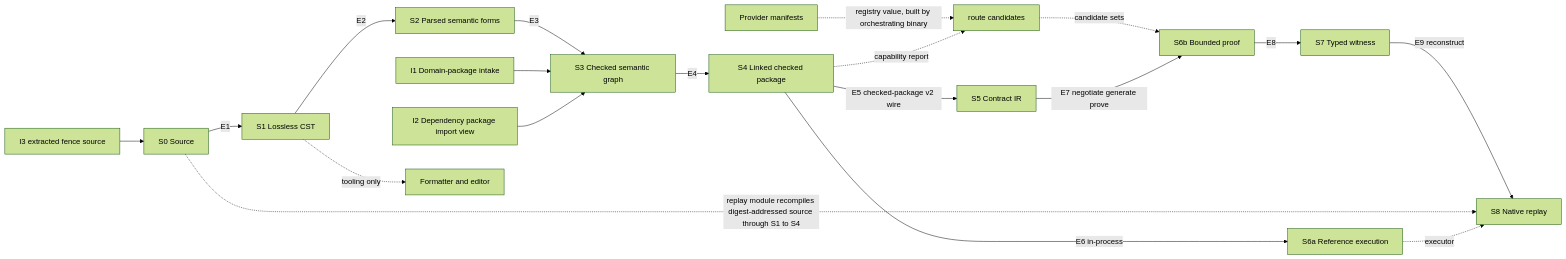
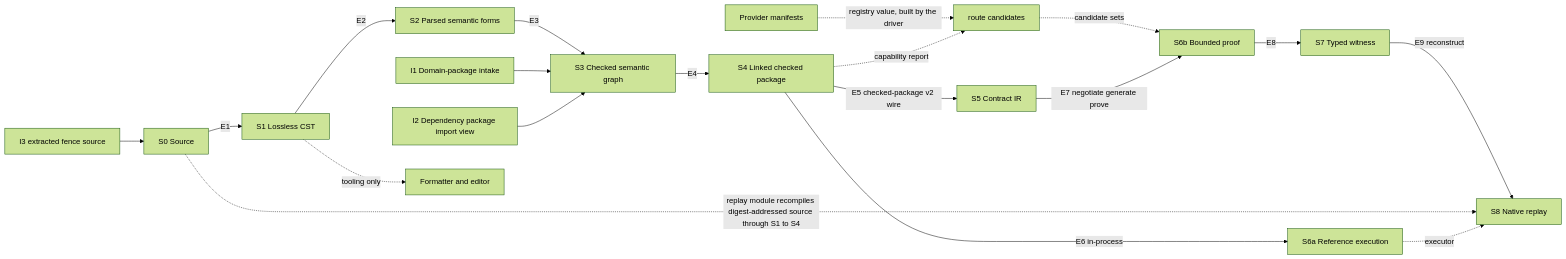
Before and after one commit to agent-ix/quire-spec-language: the first of 2 diagrams in spec/decisions/ADR-011-stage-dag-and-dependency-architecture.md, drawn with Mermaid (forest theme). The commit also changed other lines of this file and 11 other files, not shown here.

````diff
--- a/spec/decisions/ADR-011-stage-dag-and-dependency-architecture.md
+++ b/spec/decisions/ADR-011-stage-dag-and-dependency-architecture.md
@@ -156,21 +158,21 @@
 ```mermaid
 flowchart LR
   I3[I3 extracted fence source] --> S0
   S0[S0 Source] -->|E1| S1[S1 Lossless CST]
   S1 -->|E2| S2[S2 Parsed semantic forms]
   S2 -->|E3| S3[S3 Checked semantic graph]
   I1[I1 Domain-package intake] --> S3
   I2[I2 Dependency package import view] --> S3
   S3 -->|E4| S4[S4 Linked checked package]
   S4 -->|E5 checked-package v2 wire| S5[S5 Contract IR]
   S4 -->|E6 in-process| S6A[S6a Reference execution]
-  D[Provider manifests] -.->|registry value, built by orchestrating binary| R[route candidates]
+  D[Provider manifests] -.->|registry value, built by the driver| R[route candidates]
   S4 -.->|capability report| R
   R -.->|candidate sets| S6B
   S5 -->|E7 negotiate generate prove| S6B[S6b Bounded proof]
   S6B -->|E8| S7[S7 Typed witness]
   S7 -->|E9 reconstruct| S8[S8 Native replay]
   S0 -.->|replay module recompiles digest-addressed source through S1 to S4| S8
   S6A -.->|executor| S8
   S1 -.->|tooling only| T[Formatter and editor]
 ```
````
